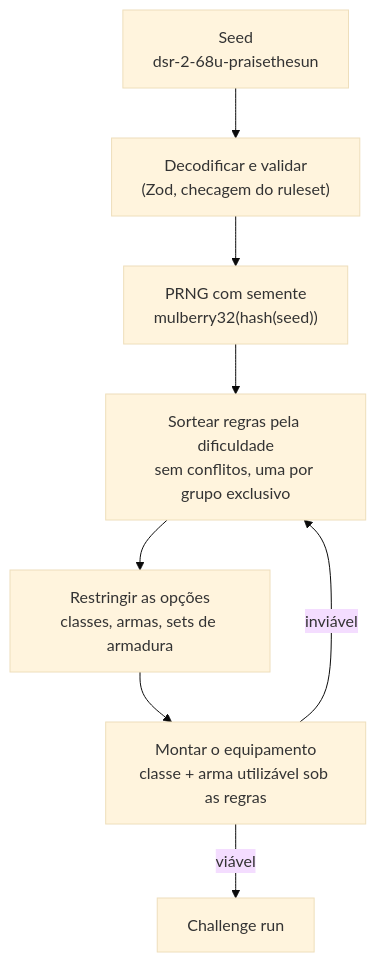
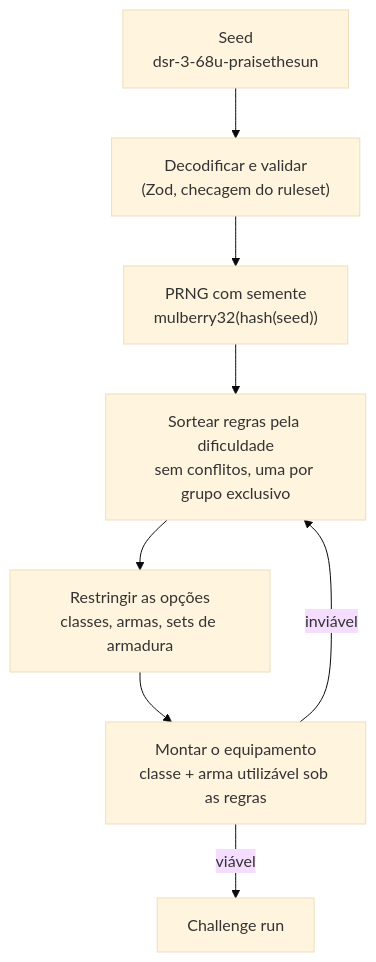
One commit to localhost-ayu/souls-challenge-generator changed the diagram in README.pt-BR.md. Above: the diagram before and after it, drawn with Mermaid (base theme). The commit also changed other lines of this file and 16 other files, not shown here.

````diff
--- a/README.pt-BR.md
+++ b/README.pt-BR.md
@@ -41,10 +41,10 @@
 ```mermaid
 flowchart TD
-    seed["Seed<br/>dsr-2-68u-praisethesun"] --> decode["Decodificar e validar<br/>(Zod, checagem do ruleset)"]
+    seed["Seed<br/>dsr-3-68u-praisethesun"] --> decode["Decodificar e validar<br/>(Zod, checagem do ruleset)"]
     decode --> rng["PRNG com semente<br/>mulberry32(hash(seed))"]
     rng --> select["Sortear regras pela dificuldade<br/>sem conflitos, uma por grupo exclusivo"]
     select --> narrow["Restringir as opções<br/>classes, armas, sets de armadura"]
     narrow --> resolve["Montar o equipamento<br/>classe + arma utilizável sob as regras"]
     resolve -->|viável| run["Challenge run"]
     resolve -->|inviável| select
 ```
````
